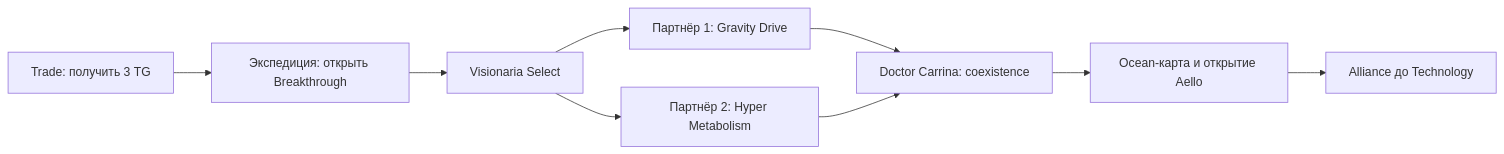
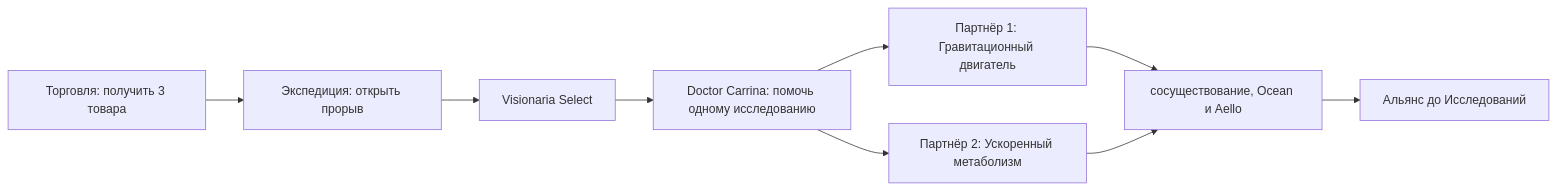
Before and after one commit to Micro-ice-ice/ti-guides: the diagram in factions/deepwrought-scholarate-guide-ru.md, drawn with Mermaid. The commit also changed other lines of this file, not shown here.

````diff
--- a/factions/deepwrought-scholarate-guide-ru.md
+++ b/factions/deepwrought-scholarate-guide-ru.md
@@ -475,11 +719,11 @@
 ```mermaid
 flowchart LR
-    A["Trade: получить 3 TG"] --> B["Экспедиция: открыть Breakthrough"]
+    A["Торговля: получить 3 товара"] --> B["Экспедиция: открыть прорыв"]
     B --> C["Visionaria Select"]
-    C --> D["Партнёр 1: Gravity Drive"]
-    C --> E["Партнёр 2: Hyper Metabolism"]
-    D --> F["Doctor Carrina: coexistence"]
-    E --> F
-    F --> G["Ocean-карта и открытие Aello"]
-    G --> H["Alliance до Technology"]
+    C --> D["Doctor Carrina: помочь одному исследованию"]
+    D --> E["Партнёр 1: Гравитационный двигатель"]
+    D --> F["Партнёр 2: Ускоренный метаболизм"]
+    E --> G["сосуществование, Ocean и Aello"]
+    F --> G
+    G --> H["Альянс до Исследований"]
 ```
````
